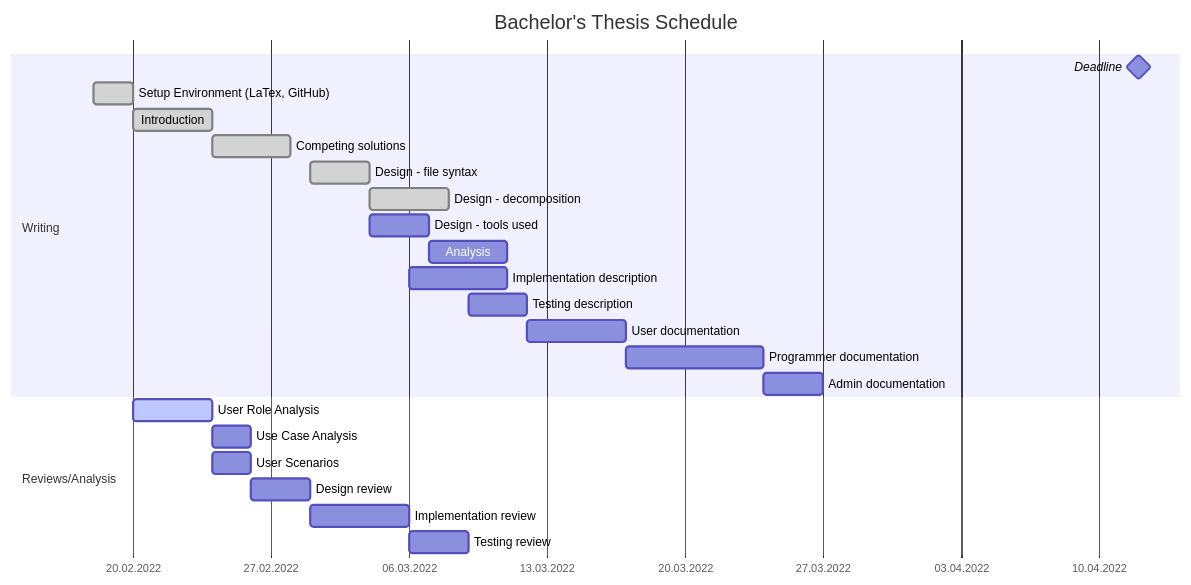
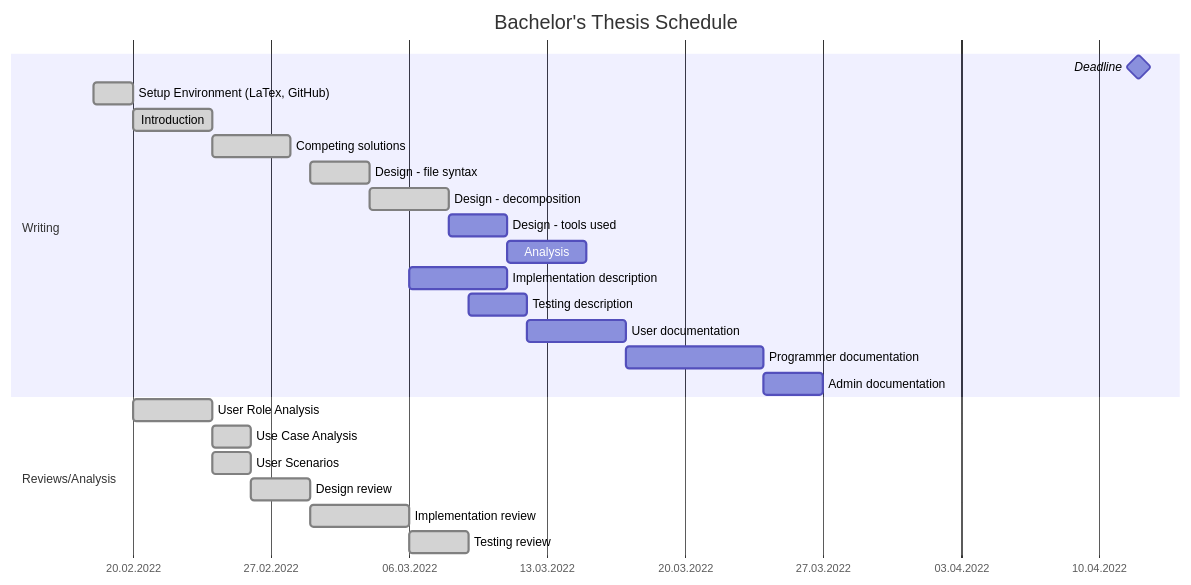
Before and after one commit to barjin/bachelor-thesis: the diagram in schedule.md, drawn with Mermaid. The commit also changed other lines of this file, not shown here.

Commit message:
schedule update

````diff
--- a/schedule.md
+++ b/schedule.md
@@ -4,31 +4,31 @@
 ```mermaid
 gantt
     title Bachelor's Thesis Schedule
     dateFormat DD.MM.YYYY
     axisFormat %d.%m.%Y
 
     section Writing
     Deadline: milestone, 12.04.2022, 0d
 
     Setup Environment (LaTex, GitHub): done, environment, 18.02.2022, 2d
     Introduction: done, introduction, after environment, 4d
     Competing solutions: done, 4d
     Design - file syntax: done, syntax, after design_review, 3d
-    Design - decomposition: done, after syntax, 4d
-    Design - tools used: tools, after syntax, 3d
+    Design - decomposition: done, decomp, after syntax, 4d
+    Design - tools used: tools, after decomp, 3d
     Analysis: after tools, 4d
     Implementation description: after implementation_review, 5d
     Testing description: after tests_review, 3d
     User documentation: 5d
     Programmer documentation:7d
     Admin documentation: 3d
 
     section Reviews/Analysis
 
-    User Role Analysis: active, analysis_roles, after environment, 4d
-    Use Case Analysis: after analysis_roles, 2d
-    User Scenarios: analysis_scenarios, after analysis_roles, 2d
-    Design review: design_review, after analysis_scenarios, 3d
-    Implementation review: implementation_review, after design_review, 5d
-    Testing review: tests_review, after implementation_review, 3d 
+    User Role Analysis: done, analysis_roles, after environment, 4d
+    Use Case Analysis: done, after analysis_roles, 2d
+    User Scenarios: done, analysis_scenarios, after analysis_roles, 2d
+    Design review: done, design_review, after analysis_scenarios, 3d
+    Implementation review: done, implementation_review, after design_review, 5d
+    Testing review: done, tests_review, after implementation_review, 3d 
 ```
````
